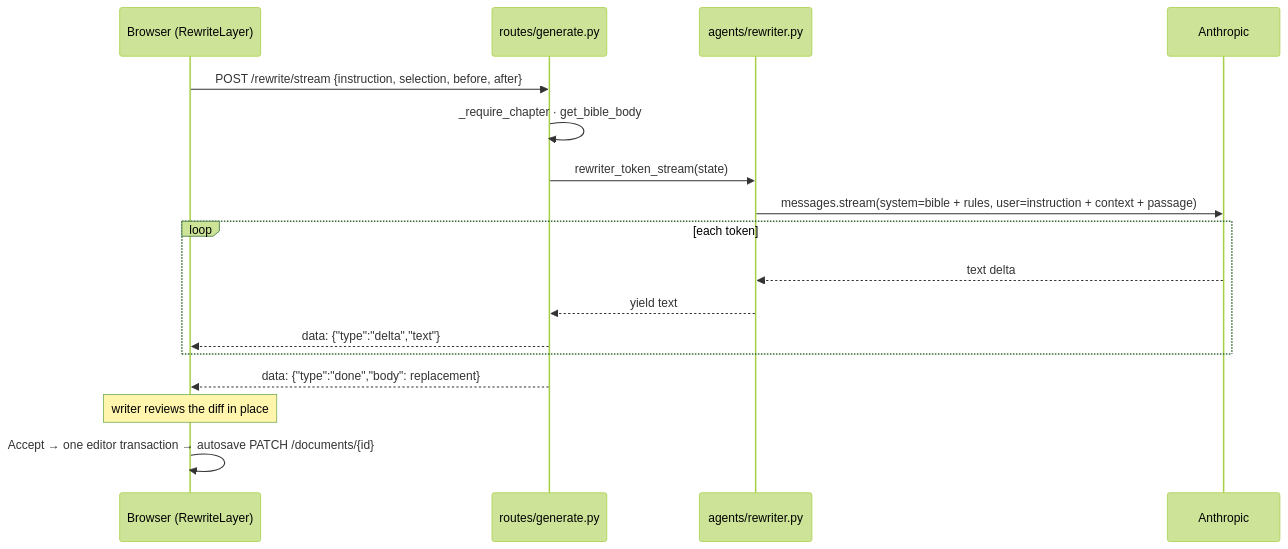
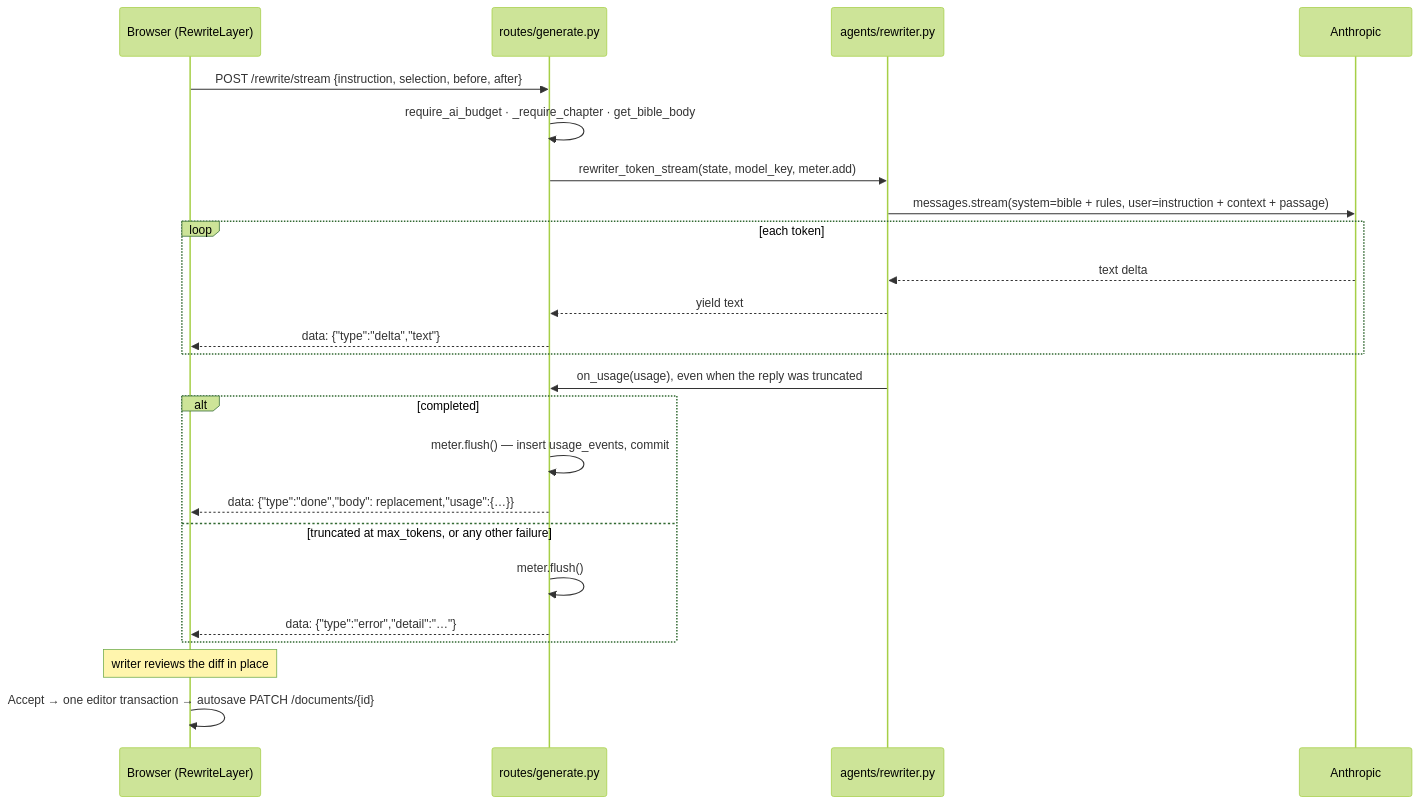
Before and after one commit to Akazz-L/maya: the fourth of 4 diagrams in docs/diagrams/03-backend-workflows.md, drawn with Mermaid (forest theme). The commit also changed other lines of this file, not shown here.

First line of the commit message:
docs: bring the backend workflow diagrams up to date

````diff
--- a/docs/diagrams/03-backend-workflows.md
+++ b/docs/diagrams/03-backend-workflows.md
@@ -156,20 +189,27 @@
 ```mermaid
 sequenceDiagram
     participant B as Browser (RewriteLayer)
     participant R as routes/generate.py
     participant A as agents/rewriter.py
     participant M as Anthropic
 
     B->>R: POST /rewrite/stream {instruction, selection, before, after}
-    R->>R: _require_chapter · get_bible_body
-    R->>A: rewriter_token_stream(state)
+    R->>R: require_ai_budget · _require_chapter · get_bible_body
+    R->>A: rewriter_token_stream(state, model_key, meter.add)
     A->>M: messages.stream(system=bible + rules, user=instruction + context + passage)
     loop each token
         M-->>A: text delta
         A-->>R: yield text
         R-->>B: data: {"type":"delta","text"}
     end
-    R-->>B: data: {"type":"done","body": replacement}
+    A->>R: on_usage(usage), even when the reply was truncated
+    alt completed
+        R->>R: meter.flush() — insert usage_events, commit
+        R-->>B: data: {"type":"done","body": replacement,"usage":{…}}
+    else truncated at max_tokens, or any other failure
+        R->>R: meter.flush()
+        R-->>B: data: {"type":"error","detail":"…"}
+    end
     Note over B: writer reviews the diff in place
     B->>B: Accept → one editor transaction → autosave PATCH /documents/{id}
 ```
````
